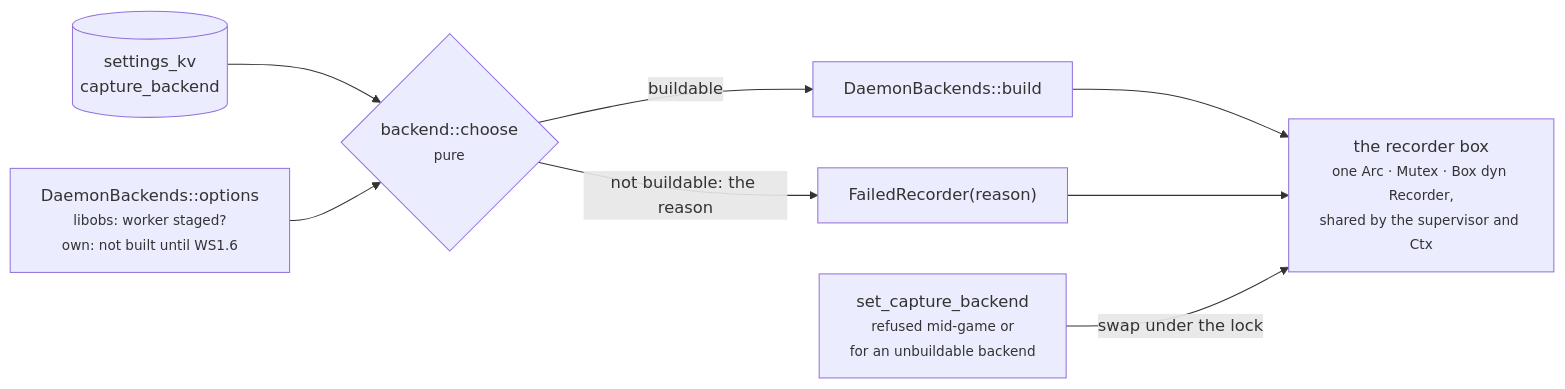
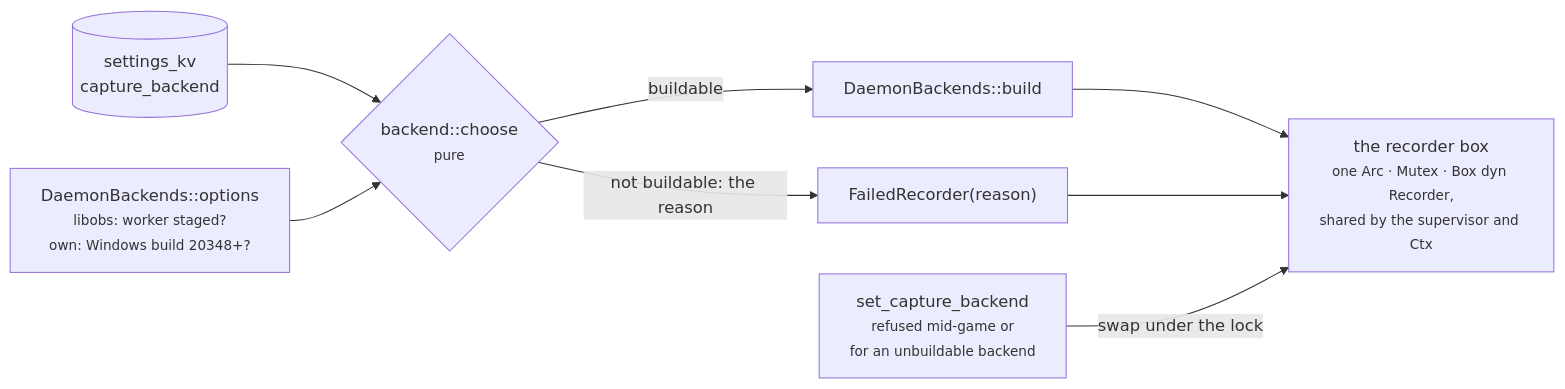
One commit to NinjaGoldfinch/ninja-recorder changed the fifth of 8 diagrams in docs/architecture.md. Above: the diagram before and after it, drawn with Mermaid. The commit also changed other lines of this file and 22 other files, not shown here.

````diff
--- a/docs/architecture.md
+++ b/docs/architecture.md
@@ -197,10 +231,10 @@
 ```mermaid
 flowchart LR
     KV[("settings_kv<br/>capture_backend")] --> C{"backend::choose<br/><small>pure</small>"}
-    OPT["DaemonBackends::options<br/><small>libobs: worker staged?<br/>own: not built until WS1.6</small>"] --> C
+    OPT["DaemonBackends::options<br/><small>libobs: worker staged?<br/>own: Windows build 20348+?</small>"] --> C
     C -->|"buildable"| B["DaemonBackends::build"]
     C -->|"not buildable: the reason"| F["FailedRecorder(reason)"]
     B --> BOX["the recorder box<br/><small>one Arc · Mutex · Box dyn Recorder,<br/>shared by the supervisor and Ctx</small>"]
     F --> BOX
     SET["set_capture_backend<br/><small>refused mid-game or<br/>for an unbuildable backend</small>"] -->|"swap under the lock"| BOX
 ```
````
